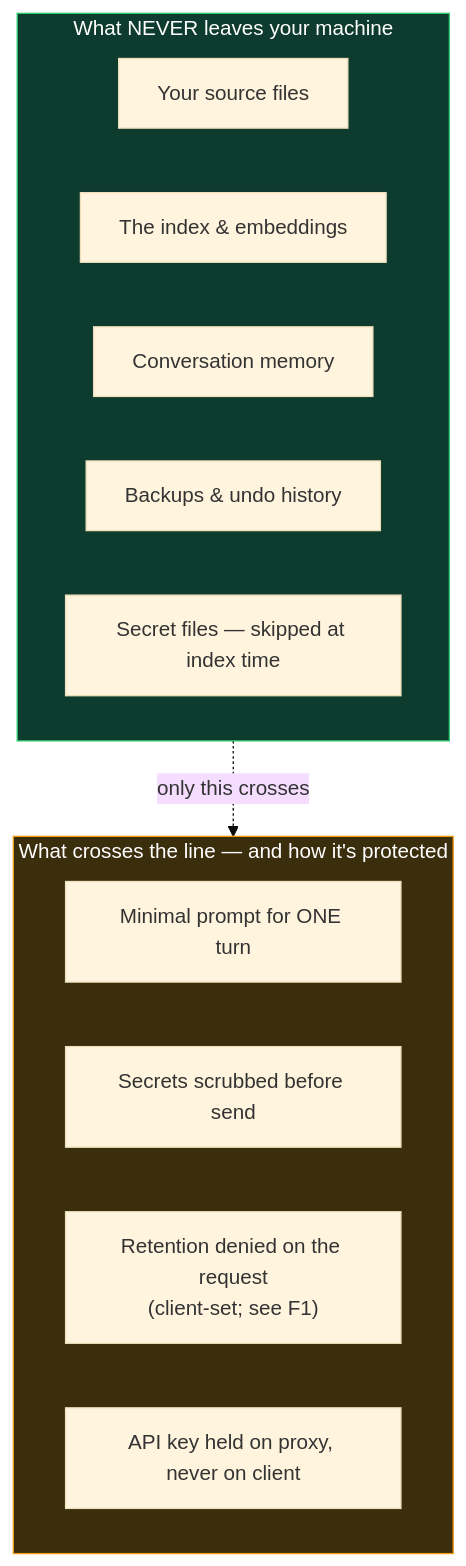
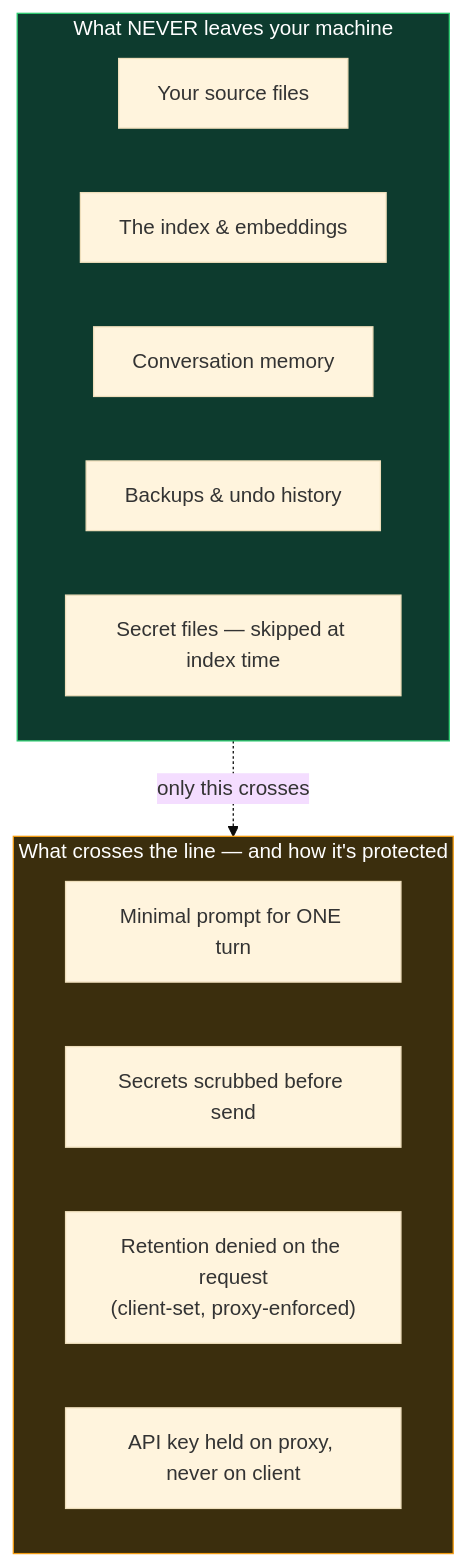
One commit to Rav-2007/codeterminal-core changed the fifth of 6 diagrams in PRODUCT_OVERVIEW.md. Above: the diagram before and after it, drawn with Mermaid (base theme). The commit also changed other lines of this file and 6 other files, not shown here.

````diff
--- a/PRODUCT_OVERVIEW.md
+++ b/PRODUCT_OVERVIEW.md
@@ -307,22 +308,22 @@
 ```mermaid
 flowchart TB
     subgraph LOCAL["What NEVER leaves your machine"]
         L1["Your source files"]
         L2["The index & embeddings"]
         L3["Conversation memory"]
         L4["Backups & undo history"]
         L5["Secret files — skipped at index time"]
     end
 
     subgraph WIRE["What crosses the line — and how it's protected"]
         W1["Minimal prompt for ONE turn"]
         W2["Secrets scrubbed before send"]
-        W3["Retention denied on the request<br/>(client-set; see F1)"]
+        W3["Retention denied on the request<br/>(client-set, proxy-enforced)"]
         W4["API key held on proxy, never on client"]
     end
 
     LOCAL -.->|"only this crosses"| WIRE
 
     style LOCAL fill:#0d3b2e,stroke:#2ecc71,color:#fff
     style WIRE fill:#3b2e0d,stroke:#f39c12,color:#fff
 ```
````
